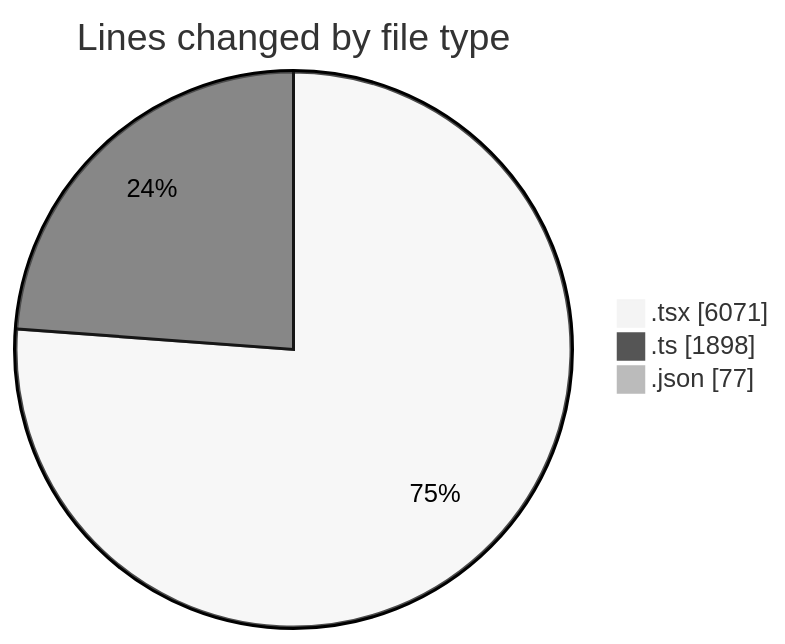
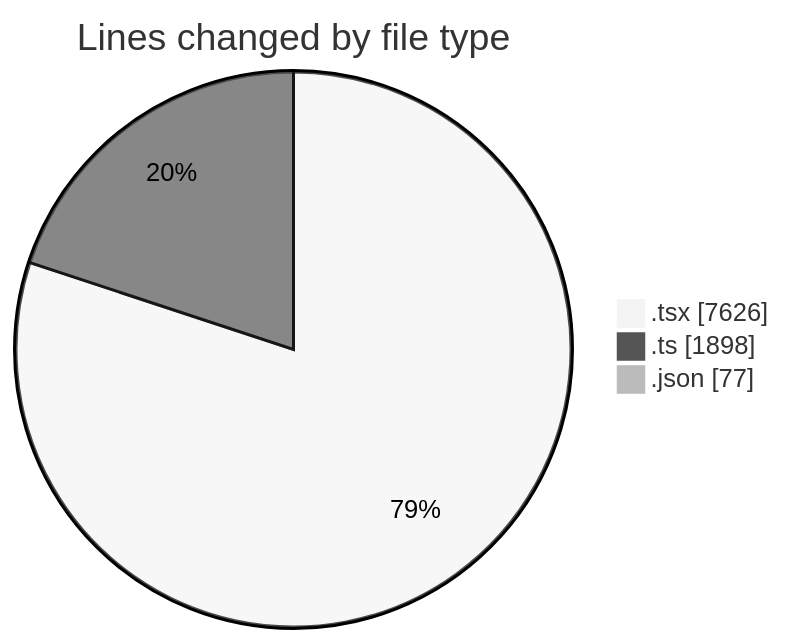
One commit to nxtqubesakshisongat/code-tracking changed the first of 2 diagrams in 2026-03-22/nxtqube_webapp/README.md. Above: the diagram before and after it, drawn with Mermaid (neutral theme). The commit also changed other lines of this file and 1 other file, not shown here.

````diff
--- a/2026-03-22/nxtqube_webapp/README.md
+++ b/2026-03-22/nxtqube_webapp/README.md
@@ -44,7 +46,7 @@
 ```mermaid
 pie showData
 title Lines changed by file type
-".tsx" : 6071
+".tsx" : 7626
 ".ts" : 1898
 ".json" : 77
 ```
````
